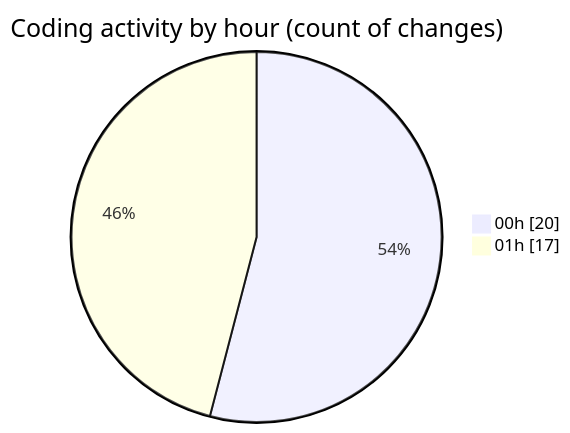
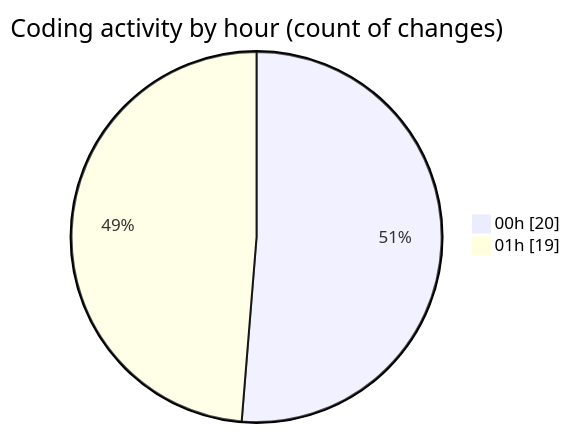
One commit to julien-gomy/code-tracking changed the second of 2 diagrams in 2025-10-16/eventscop-frontend-guide__workspace_/README.md. Above: the diagram before and after it, drawn with Mermaid. The commit also changed other lines of this file and 1 other file, not shown here.

````diff
--- a/2025-10-16/eventscop-frontend-guide__workspace_/README.md
+++ b/2025-10-16/eventscop-frontend-guide__workspace_/README.md
@@ -36,6 +38,6 @@
 ```mermaid
 pie showData
 title Coding activity by hour (count of changes)
 "00h" : 20
-"01h" : 17
+"01h" : 19
 ```
````
